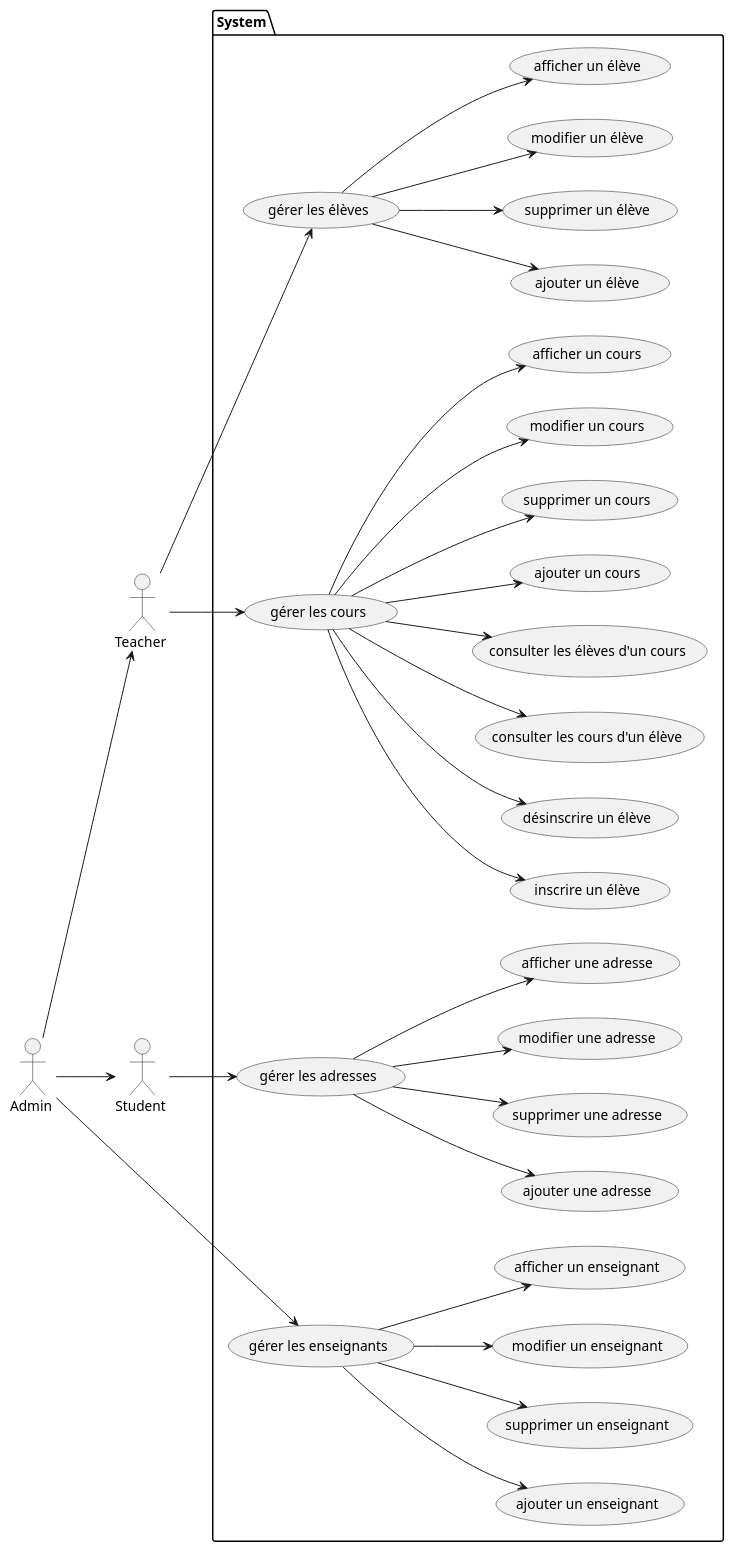
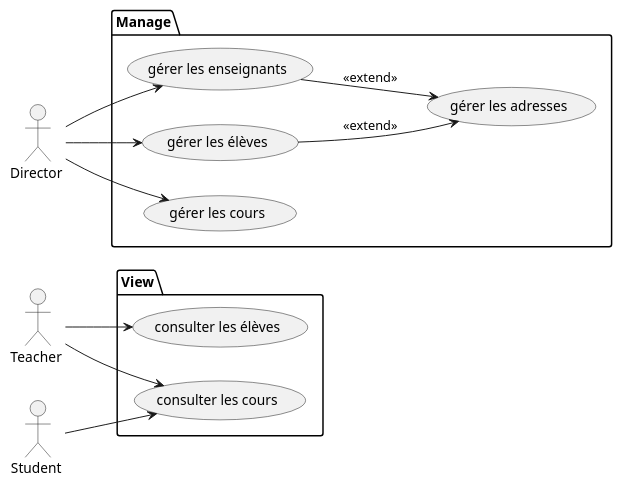
Before and after one commit to john7440/GestionEcole---Groupe: the diagram in doc/DiagramUseCase.puml, drawn with PlantUML.

Commit message:
modif usecase

```diff
--- a/doc/DiagramUseCase.puml
+++ b/doc/DiagramUseCase.puml
@@ -1,45 +1,22 @@
 @startuml
 'https://plantuml.com/use-case-diagram
+left to right direction
 
 :Teacher : as Teacher
 :Student : as Student
-:Admin : as Admin
+:Director : as Director
 
-package System{
-left to right direction
-:Student: --> (gérer les adresses)
-:Teacher: --> (gérer les élèves)
-:Teacher: --> (gérer les cours)
-
-:Admin: --> :Teacher:
-:Admin: --> :Student:
-:Admin: --> (gérer les enseignants)
-
-
-(gérer les élèves) --> (ajouter un élève)
-(gérer les élèves) --> (supprimer un élève)
-(gérer les élèves) --> (modifier un élève)
-(gérer les élèves) --> (afficher un élève)
-
-
-(gérer les enseignants) --> (ajouter un enseignant)
-(gérer les enseignants) --> (supprimer un enseignant)
-(gérer les enseignants) --> (modifier un enseignant)
-(gérer les enseignants) --> (afficher un enseignant)
-
-(gérer les cours) --> (ajouter un cours)
-(gérer les cours) --> (supprimer un cours)
-(gérer les cours) --> (modifier un cours)
-(gérer les cours) --> (afficher un cours)
-(gérer les cours) --> (inscrire un élève)
-(gérer les cours) --> (désinscrire un élève)
-(gérer les cours) --> (consulter les cours d'un élève)
-(gérer les cours) --> (consulter les élèves d'un cours)
-
-(gérer les adresses) --> (ajouter une adresse)
-(gérer les adresses) --> (supprimer une adresse)
-(gérer les adresses) --> (modifier une adresse)
-(gérer les adresses) --> (afficher une adresse)
+package View{
+:Teacher: --> (consulter les élèves)
+:Teacher: --> (consulter les cours)
+:Student: --> (consulter les cours)
+}
+package Manage{
+    :Director: --> (gérer les enseignants)
+    :Director: --> (gérer les élèves)
+    :Director: --> (gérer les cours)
+    (gérer les enseignants) --> (gérer les adresses) : <<extend>>
+    (gérer les élèves) --> (gérer les adresses) : <<extend>>
 
 }
 @enduml
```
